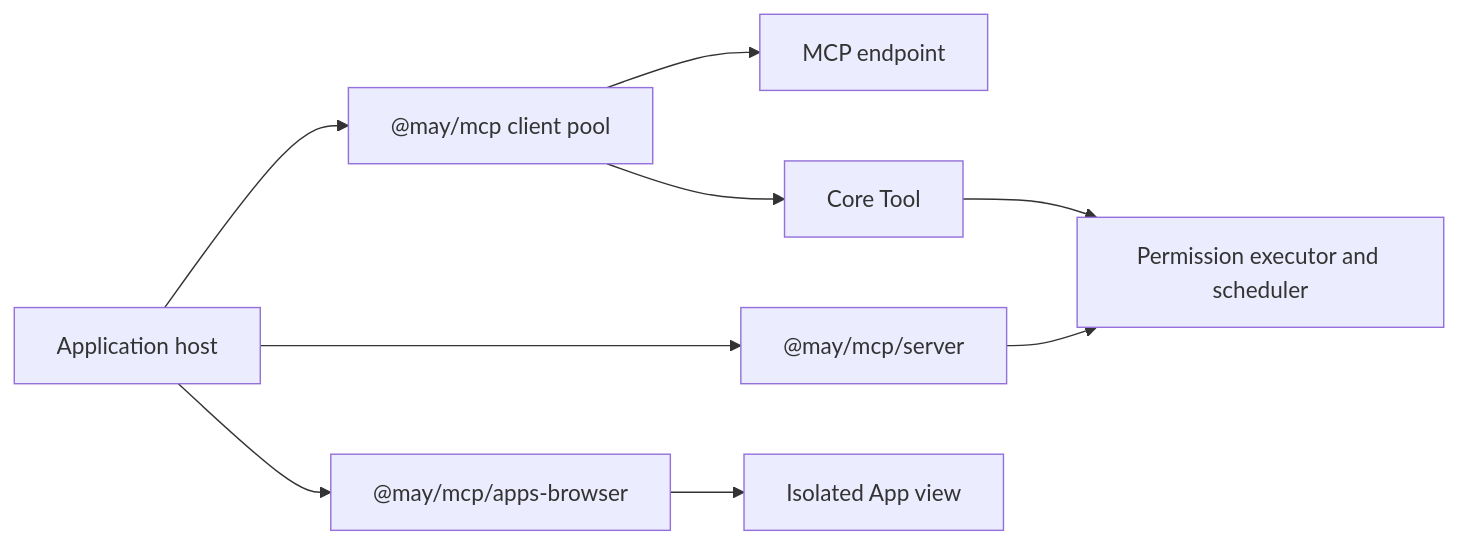
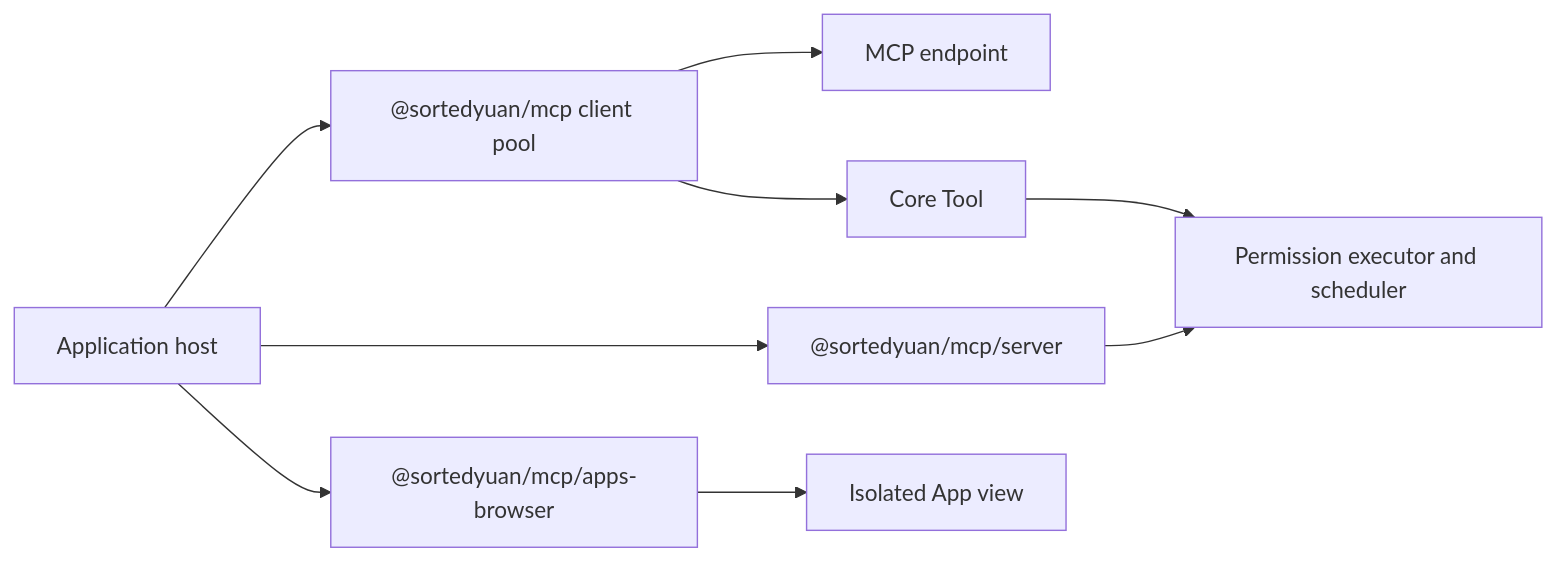
Before and after one commit to qiuyaodawo/May: the diagram in docs/en/reference/mcp-capabilities.md, drawn with Mermaid. The commit also changed other lines of this file and 685 other files, not shown here.

````diff
--- a/docs/en/reference/mcp-capabilities.md
+++ b/docs/en/reference/mcp-capabilities.md
@@ -13,11 +13,11 @@
 ```mermaid
 flowchart LR
-  host[Application host] --> client["@may/mcp client pool"]
+  host[Application host] --> client["@sortedyuan/mcp client pool"]
   client --> remote[MCP endpoint]
   client --> tool[Core Tool]
   tool --> executor[Permission executor and scheduler]
-  host --> server["@may/mcp/server"]
+  host --> server["@sortedyuan/mcp/server"]
   server --> executor
-  host --> browser["@may/mcp/apps-browser"]
+  host --> browser["@sortedyuan/mcp/apps-browser"]
   browser --> view[Isolated App view]
 ```
````
